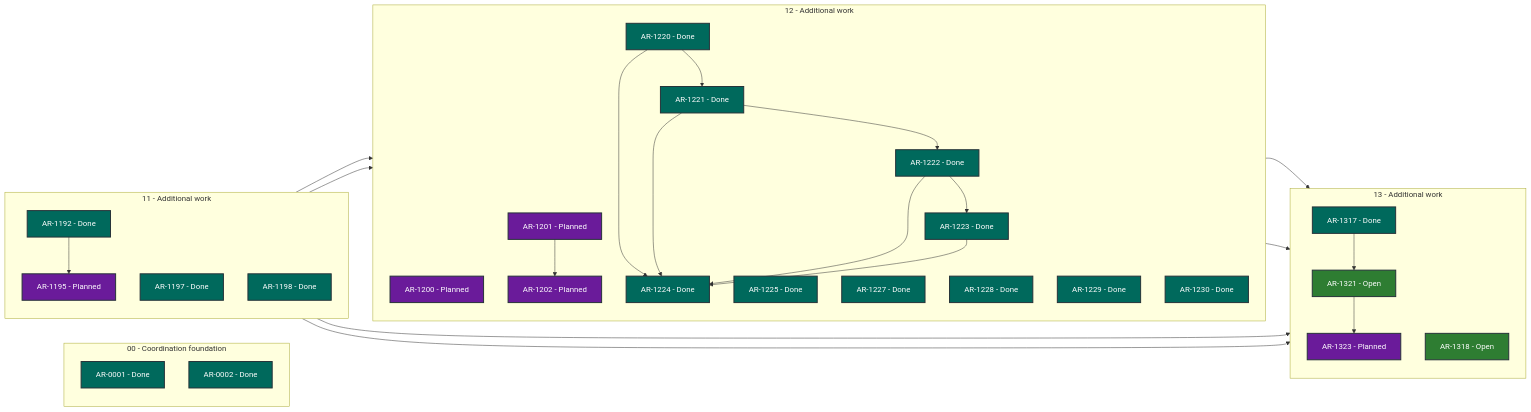
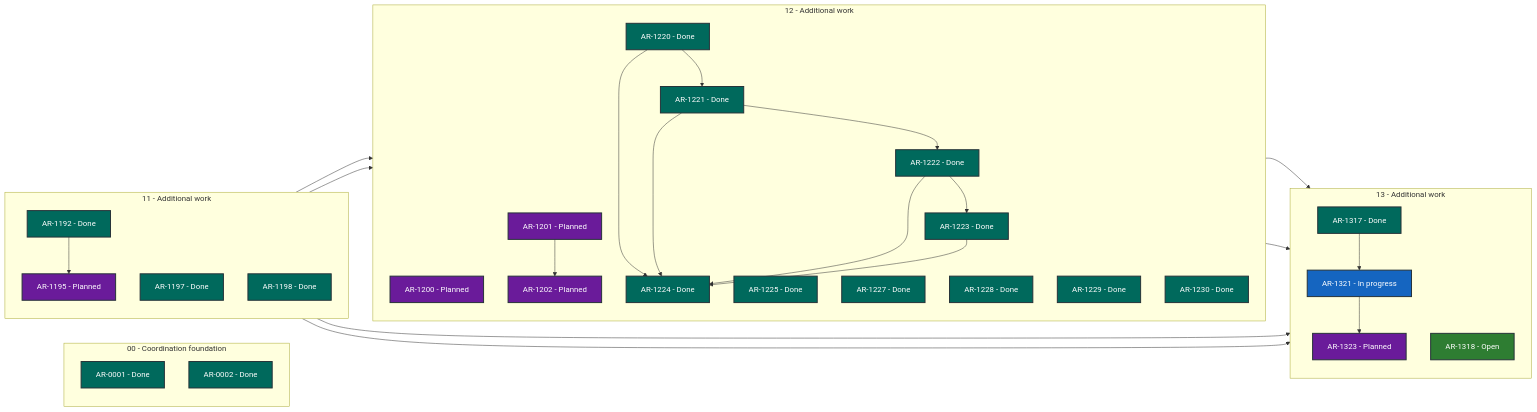
Before and after one commit to martin-beck/asb-tui-state: the diagram in STATUS.md, drawn with Mermaid. The commit also changed other lines of this file and 2 other files, not shown here.

````diff
--- a/STATUS.md
+++ b/STATUS.md
@@ -27,63 +27,63 @@
 ```mermaid
 flowchart LR
     subgraph series_00["00 - Coordination foundation"]
         direction TB
         AR_0001["AR-0001 - Done"]:::status_done
         AR_0002["AR-0002 - Done"]:::status_done
     end
     subgraph series_11["11 - Additional work"]
         direction TB
         AR_1192["AR-1192 - Done"]:::status_done
         AR_1195["AR-1195 - Planned"]:::status_planned
         AR_1197["AR-1197 - Done"]:::status_done
         AR_1198["AR-1198 - Done"]:::status_done
     end
     subgraph series_12["12 - Additional work"]
         direction TB
         AR_1200["AR-1200 - Planned"]:::status_planned
         AR_1201["AR-1201 - Planned"]:::status_planned
         AR_1202["AR-1202 - Planned"]:::status_planned
         AR_1220["AR-1220 - Done"]:::status_done
         AR_1221["AR-1221 - Done"]:::status_done
         AR_1222["AR-1222 - Done"]:::status_done
         AR_1223["AR-1223 - Done"]:::status_done
         AR_1224["AR-1224 - Done"]:::status_done
         AR_1225["AR-1225 - Done"]:::status_done
         AR_1227["AR-1227 - Done"]:::status_done
         AR_1228["AR-1228 - Done"]:::status_done
         AR_1229["AR-1229 - Done"]:::status_done
         AR_1230["AR-1230 - Done"]:::status_done
     end
     subgraph series_13["13 - Additional work"]
         direction TB
         AR_1317["AR-1317 - Done"]:::status_done
         AR_1318["AR-1318 - Open"]:::status_open
-        AR_1321["AR-1321 - Open"]:::status_open
+        AR_1321["AR-1321 - In progress"]:::status_in_progress
         AR_1323["AR-1323 - Planned"]:::status_planned
     end
     AR_1192 --> AR_1195
     AR_1192 --> AR_1317
     AR_1195 --> AR_1200
     AR_1197 --> AR_1201
     AR_1197 --> AR_1317
     AR_1201 --> AR_1202
     AR_1220 --> AR_1221
     AR_1220 --> AR_1224
     AR_1221 --> AR_1222
     AR_1221 --> AR_1224
     AR_1222 --> AR_1223
     AR_1222 --> AR_1224
     AR_1223 --> AR_1224
     AR_1228 --> AR_1317
     AR_1229 --> AR_1317
     AR_1317 --> AR_1321
     AR_1321 --> AR_1323
     classDef status_in_progress fill:#1565c0,color:#ffffff,stroke:#263238,stroke-width:2px
     classDef status_open fill:#2e7d32,color:#ffffff,stroke:#263238,stroke-width:2px
     classDef status_blocked fill:#c62828,color:#ffffff,stroke:#263238,stroke-width:2px
     classDef status_planned fill:#6a1b9a,color:#ffffff,stroke:#263238,stroke-width:2px
     classDef status_future fill:#455a64,color:#ffffff,stroke:#263238,stroke-width:2px
     classDef status_done fill:#00695c,color:#ffffff,stroke:#263238,stroke-width:2px
     classDef status_cancelled fill:#616161,color:#ffffff,stroke:#263238,stroke-width:2px
     classDef status_superseded fill:#5d4037,color:#ffffff,stroke:#263238,stroke-width:2px
 ```
````
